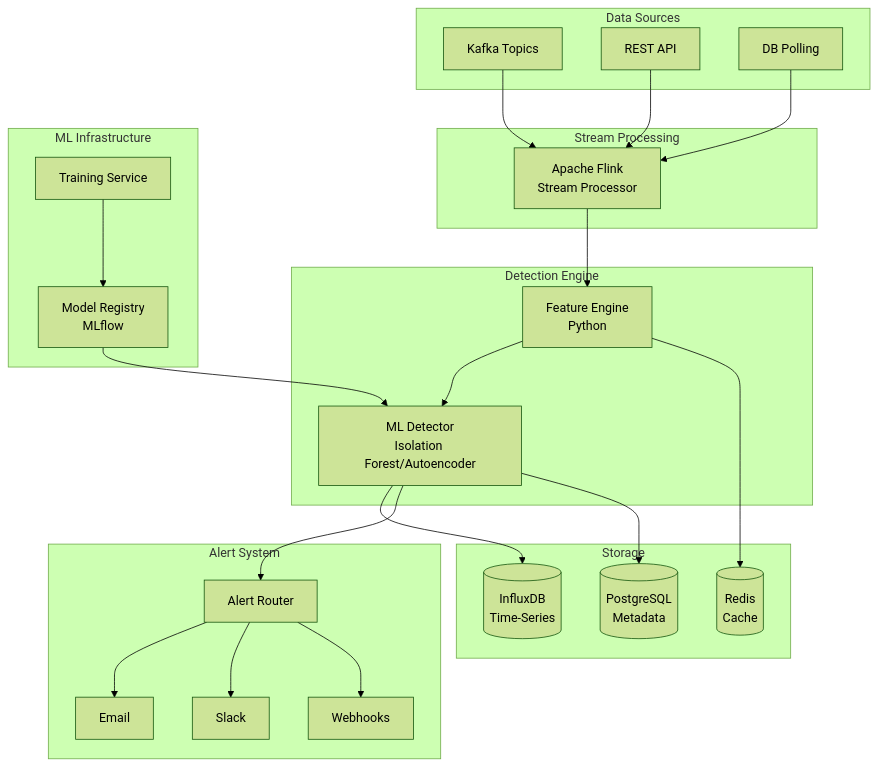
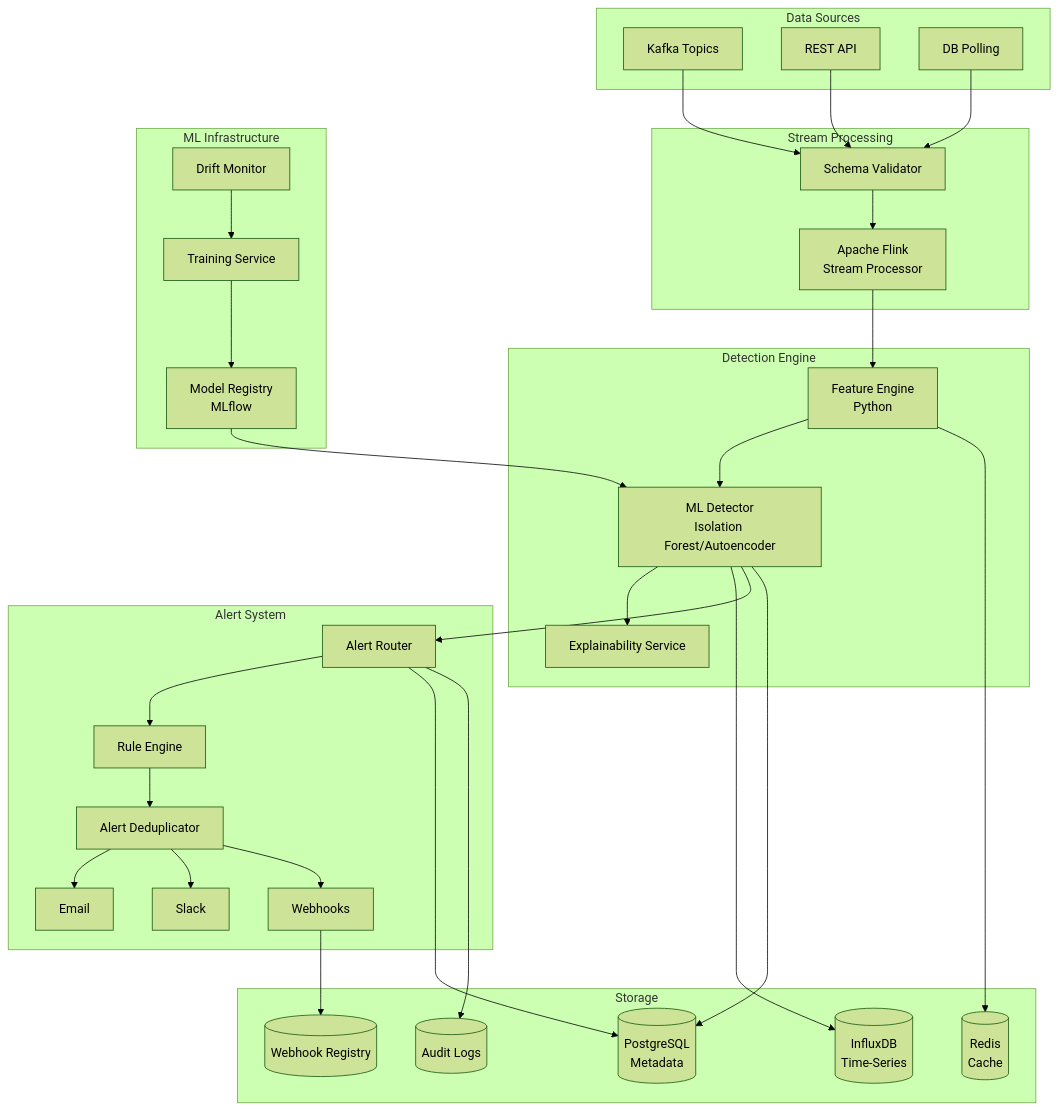
One commit to 0Ankit0/Project-Ideas changed the diagram in Anomaly Detection System/high-level-design/architecture-diagram.md. Above: the diagram before and after it, drawn with Mermaid (forest theme). The commit also changed 24 other files, not shown here.

````diff
--- a/Anomaly Detection System/high-level-design/architecture-diagram.md
+++ b/Anomaly Detection System/high-level-design/architecture-diagram.md
@@ -5,54 +5,69 @@
 ```mermaid
 graph TB
     subgraph "Data Sources"
         KAFKA[Kafka Topics]
         API_IN[REST API]
         POLL[DB Polling]
     end
     
     subgraph "Stream Processing"
         FLINK[Apache Flink<br/>Stream Processor]
+        VALIDATOR[Schema Validator]
     end
     
     subgraph "Detection Engine"
         FEATURE[Feature Engine<br/>Python]
         DETECTOR[ML Detector<br/>Isolation Forest/Autoencoder]
+        EXPLAIN[Explainability Service]
     end
     
     subgraph "Alert System"
         ROUTER[Alert Router]
+        RULES[Rule Engine]
+        DEDUP[Alert Deduplicator]
         EMAIL[Email]
         SLACK[Slack]
         WEBHOOK[Webhooks]
     end
     
     subgraph "Storage"
         TS_DB[(InfluxDB<br/>Time-Series)]
         PG[(PostgreSQL<br/>Metadata)]
         REDIS[(Redis<br/>Cache)]
+        AUDIT[(Audit Logs)]
+        WH_REG[(Webhook Registry)]
     end
     
     subgraph "ML Infrastructure"
         REGISTRY[Model Registry<br/>MLflow]
         TRAINING[Training Service]
+        MONITOR[Drift Monitor]
     end
     
-    KAFKA --> FLINK
-    API_IN --> FLINK
-    POLL --> FLINK
+    KAFKA --> VALIDATOR
+    API_IN --> VALIDATOR
+    POLL --> VALIDATOR
+    VALIDATOR --> FLINK
     
     FLINK --> FEATURE
     FEATURE --> DETECTOR
+    DETECTOR --> EXPLAIN
     DETECTOR --> TS_DB
     DETECTOR --> ROUTER
     
-    ROUTER --> EMAIL
-    ROUTER --> SLACK
-    ROUTER --> WEBHOOK
+    ROUTER --> RULES
+    RULES --> DEDUP
+    DEDUP --> EMAIL
+    DEDUP --> SLACK
+    DEDUP --> WEBHOOK
     
     REGISTRY --> DETECTOR
     TRAINING --> REGISTRY
+    MONITOR --> TRAINING
     
     DETECTOR --> PG
     FEATURE --> REDIS
+    ROUTER --> PG
+    ROUTER --> AUDIT
+    WEBHOOK --> WH_REG
 ```
````
